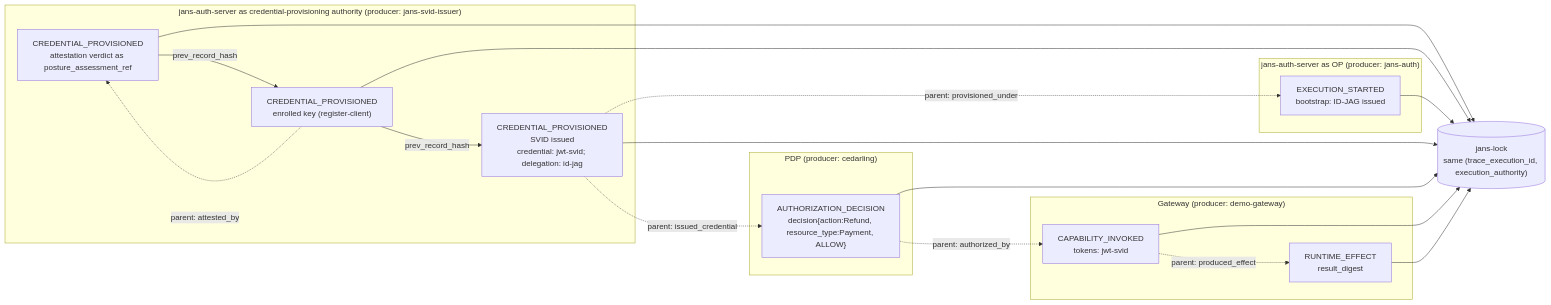
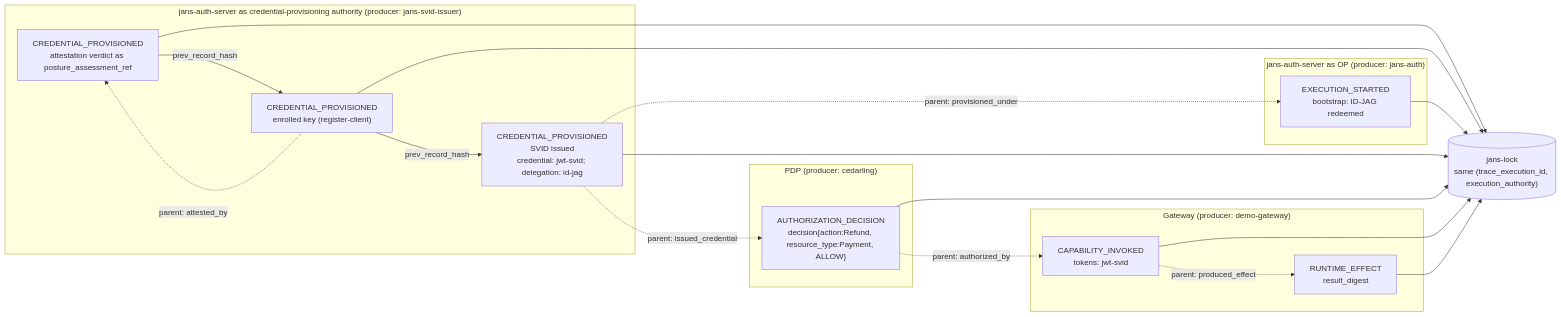
The fifth of 6 diagrams in hardware-anchored-identity.md (nynymike/lock-server-design), drawn with Mermaid before and after one commit. The commit also changed other lines of this file and 2 other files, not shown here.

````diff
--- a/hardware-anchored-identity.md
+++ b/hardware-anchored-identity.md
@@ -2374,26 +2414,26 @@
 ```mermaid
 flowchart LR
     subgraph ISS["jans-auth-server as credential-provisioning authority (producer: jans-svid-issuer)"]
         E1["CREDENTIAL_PROVISIONED<br/>attestation verdict as posture_assessment_ref"]
         E2["CREDENTIAL_PROVISIONED<br/>enrolled key (register-client)"]
         E4["CREDENTIAL_PROVISIONED<br/>SVID issued<br/>credential: jwt-svid; delegation: id-jag"]
     end
     subgraph AS["jans-auth-server as OP (producer: jans-auth)"]
-        E3["EXECUTION_STARTED<br/>bootstrap: ID-JAG issued"]
+        E3["EXECUTION_STARTED<br/>bootstrap: ID-JAG redeemed"]
     end
     subgraph PDP["PDP (producer: cedarling)"]
         E5["AUTHORIZATION_DECISION<br/>decision{action:Refund, resource_type:Payment, ALLOW}"]
     end
     subgraph PEP["Gateway (producer: demo-gateway)"]
         E6["CAPABILITY_INVOKED<br/>tokens: jwt-svid"]
         E7["RUNTIME_EFFECT<br/>result_digest"]
     end
     E1 -- "prev_record_hash" --> E2 -- "prev_record_hash" --> E4
     E2 -. "parent: attested_by" .-> E1
     E4 -. "parent: provisioned_under" .-> E3
     E4 -. "parent: issued_credential" .-> E5
     E5 -. "parent: authorized_by" .-> E6
     E6 -. "parent: produced_effect" .-> E7
     L[("jans-lock<br/>same (trace_execution_id, execution_authority)")]
     E1 & E2 & E3 & E4 & E5 & E6 & E7 --> L
 ```
````
